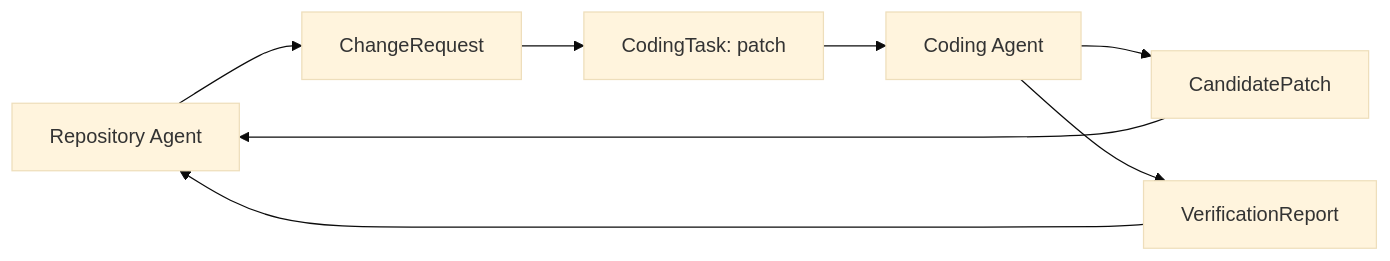
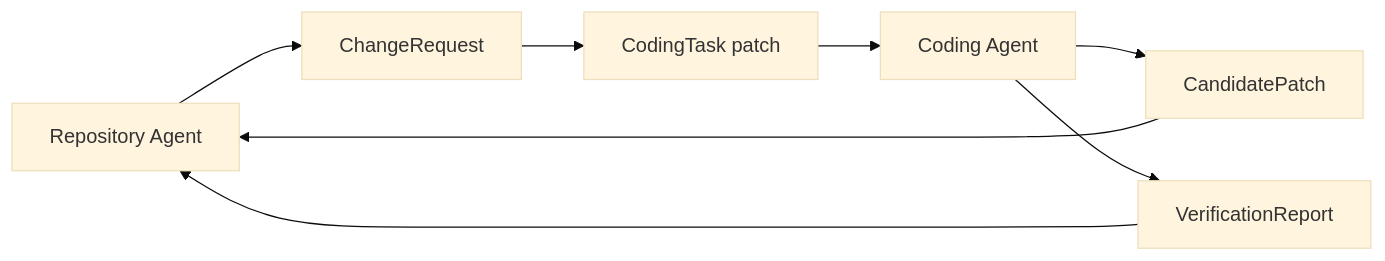
Before and after one commit to Arthur999459up/GitAgent: the third of 8 diagrams in docs/02-agent-topology-and-workflows.md, drawn with Mermaid (base theme). The commit also changed other lines of this file and 15 other files, not shown here.

````diff
--- a/docs/02-agent-topology-and-workflows.md
+++ b/docs/02-agent-topology-and-workflows.md
@@ -96,10 +87,10 @@
 ```mermaid
 flowchart LR
-    R[Repository Agent] --> CR[ChangeRequest]
-    CR --> CT[CodingTask: patch]
-    CT --> C[Coding Agent]
-    C --> CP[CandidatePatch]
-    C --> VR[VerificationReport]
-    CP --> R
-    VR --> R
+    R[Repository Agent] --> Q[ChangeRequest]
+    Q --> T[CodingTask patch]
+    T --> C[Coding Agent]
+    C --> P[CandidatePatch]
+    C --> V[VerificationReport]
+    P --> R
+    V --> R
 ```
````
